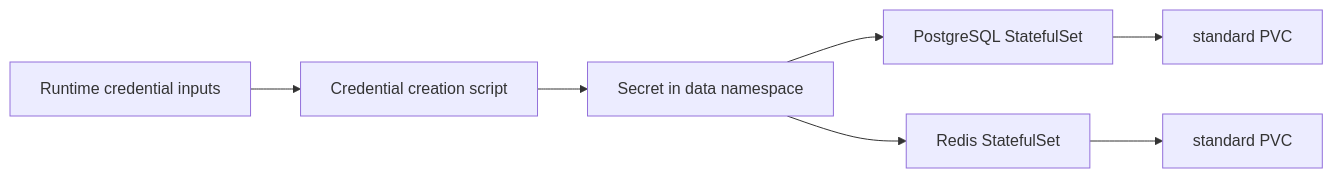
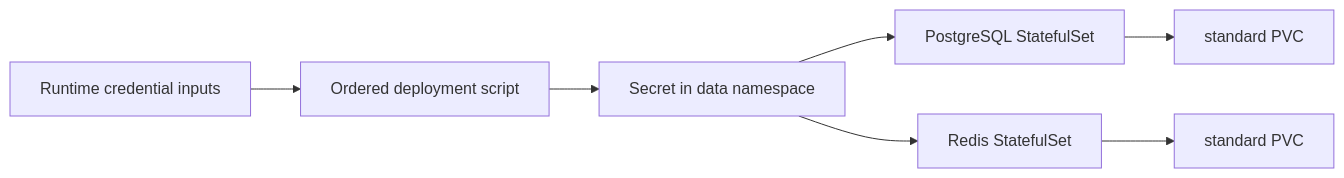
One commit to thanhdu-hcmus/minishop-k8s changed the diagram in docs/devlog/2026-09-27-runtime-data-foundation.md. Above: the diagram before and after it, drawn with Mermaid. The commit also changed other lines of this file, not shown here.

Commit message:
docs(data): update runtime handoff

````diff
--- a/docs/devlog/2026-09-27-runtime-data-foundation.md
+++ b/docs/devlog/2026-09-27-runtime-data-foundation.md
@@ -34,9 +34,9 @@
 ```mermaid
 flowchart LR
-  A[Runtime credential inputs] --> B[Credential creation script]
+  A[Runtime credential inputs] --> B[Ordered deployment script]
   B --> C[Secret in data namespace]
   C --> D[PostgreSQL StatefulSet]
   C --> E[Redis StatefulSet]
   D --> F[standard PVC]
   E --> G[standard PVC]
 ```
````
